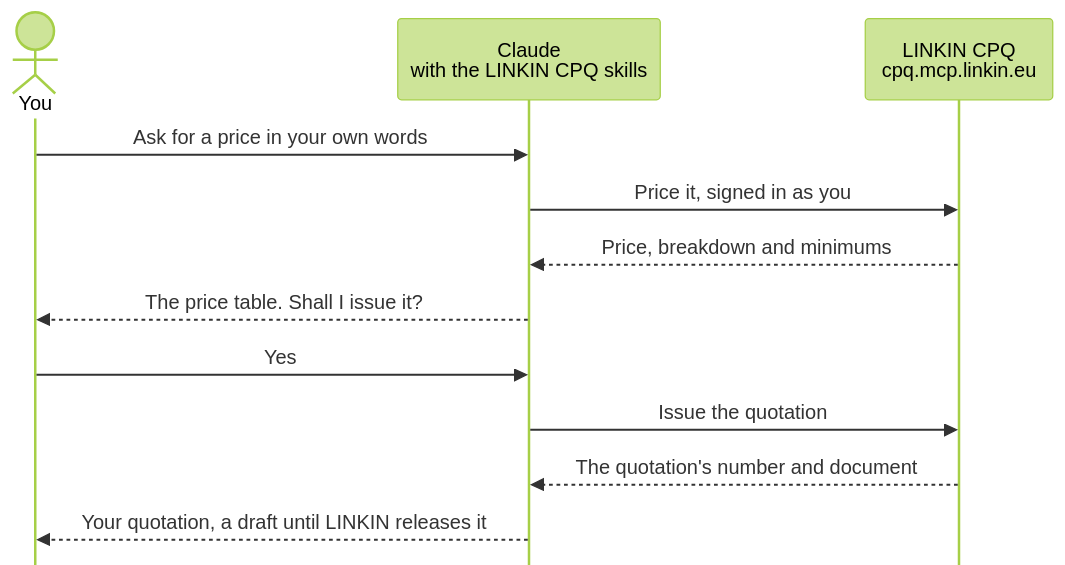
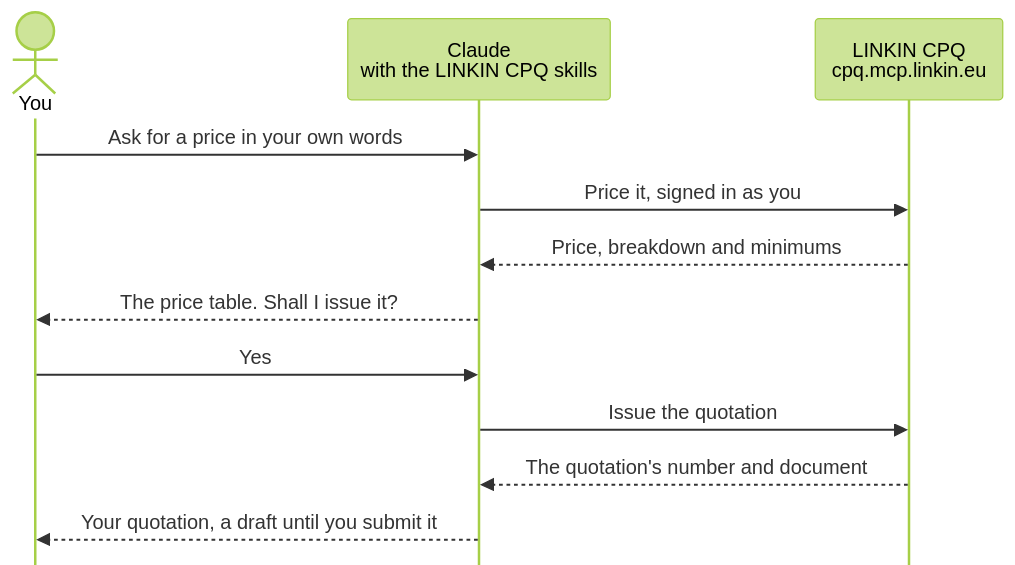
Before and after one commit to linkin-eu/linkin-cpq-claude-plugin: the diagram in README.md, drawn with Mermaid (forest theme). The commit also changed other lines of this file and 13 other files, not shown here.

````diff
--- a/README.md
+++ b/README.md
@@ -221,15 +222,15 @@
 ```mermaid
 %%{init: {"sequence": {"mirrorActors": false}}}%%
 sequenceDiagram
     actor You
     participant Claude as Claude<br/>with the LINKIN CPQ skills
     participant CPQ as LINKIN CPQ<br/>cpq.mcp.linkin.eu
     You->>Claude: Ask for a price in your own words
     Claude->>CPQ: Price it, signed in as you
     CPQ-->>Claude: Price, breakdown and minimums
     Claude-->>You: The price table. Shall I issue it?
     You->>Claude: Yes
     Claude->>CPQ: Issue the quotation
     CPQ-->>Claude: The quotation's number and document
-    Claude-->>You: Your quotation, a draft until LINKIN releases it
+    Claude-->>You: Your quotation, a draft until you submit it
 ```
````
